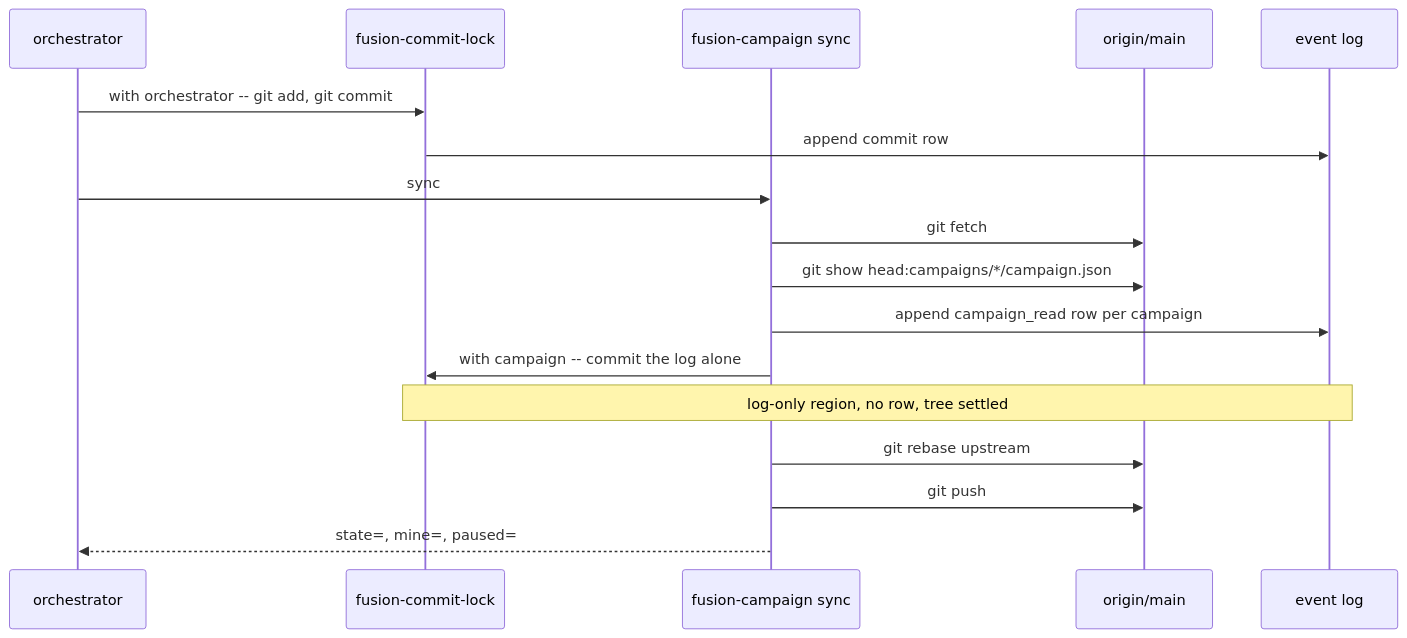
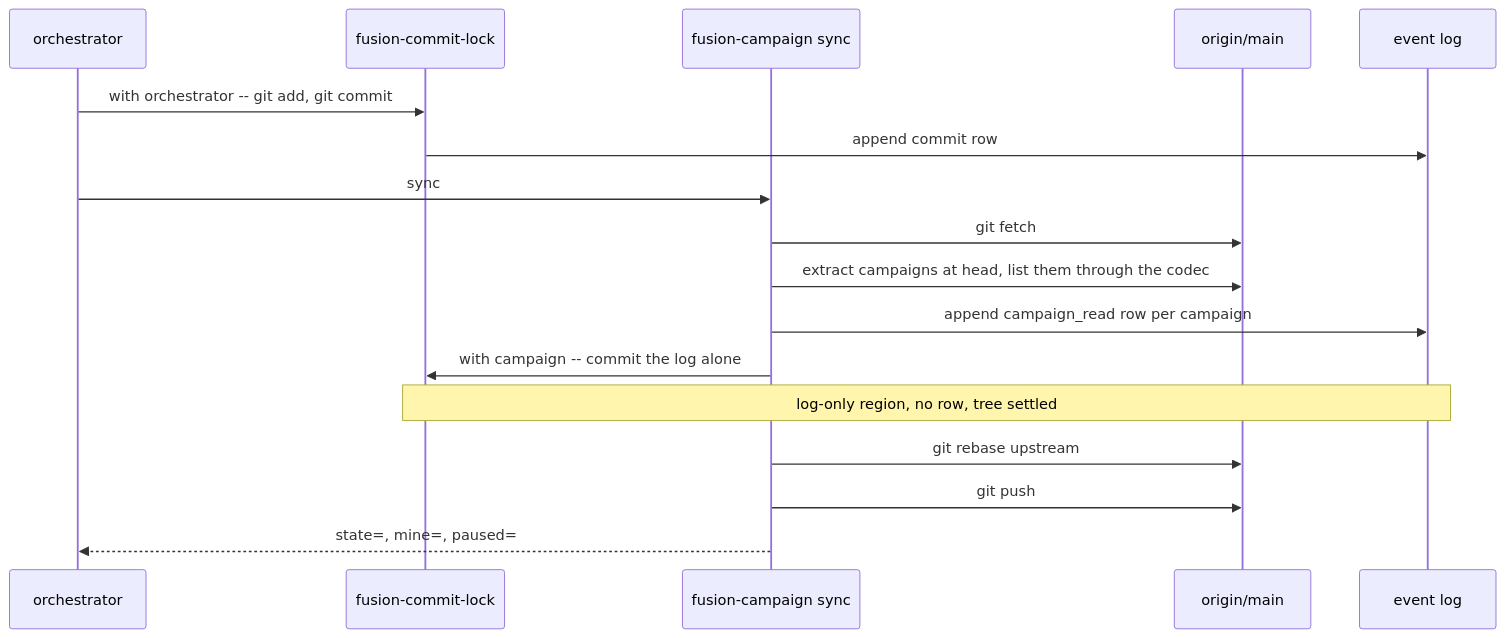
The second of 3 diagrams in fusion-workbench/work-packages/261108-1924-campaign-the-frame-for-work-spread-over-several-checkouts/plans/261108-2301-plan-campaign-the-frame-for-work-spread-over-several-checkouts.md (tenzoki/fusion), drawn with Mermaid before and after one commit. The commit also changed other lines of this file and 5 other files, not shown here.

````diff
--- a/fusion-workbench/work-packages/261108-1924-campaign-the-frame-for-work-spread-over-several-checkouts/plans/261108-2301-plan-campaign-the-frame-for-work-spread-over-several-checkouts.md
+++ b/fusion-workbench/work-packages/261108-1924-campaign-the-frame-for-work-spread-over-several-checkouts/plans/261108-2301-plan-campaign-the-frame-for-work-spread-over-several-checkouts.md
@@ -70,19 +72,19 @@
 ```mermaid
 sequenceDiagram
   participant O as orchestrator
   participant L as fusion-commit-lock
   participant S as fusion-campaign sync
   participant G as origin/main
   participant E as event log
   O->>L: with orchestrator -- git add, git commit
   L->>E: append commit row
   O->>S: sync
   S->>G: git fetch
-  S->>G: git show head:campaigns/*/campaign.json
+  S->>G: extract campaigns at head, list them through the codec
   S->>E: append campaign_read row per campaign
   S->>L: with campaign -- commit the log alone
   Note over L,E: log-only region, no row, tree settled
   S->>G: git rebase upstream
   S->>G: git push
   S-->>O: state=, mine=, paused=
 ```
````
